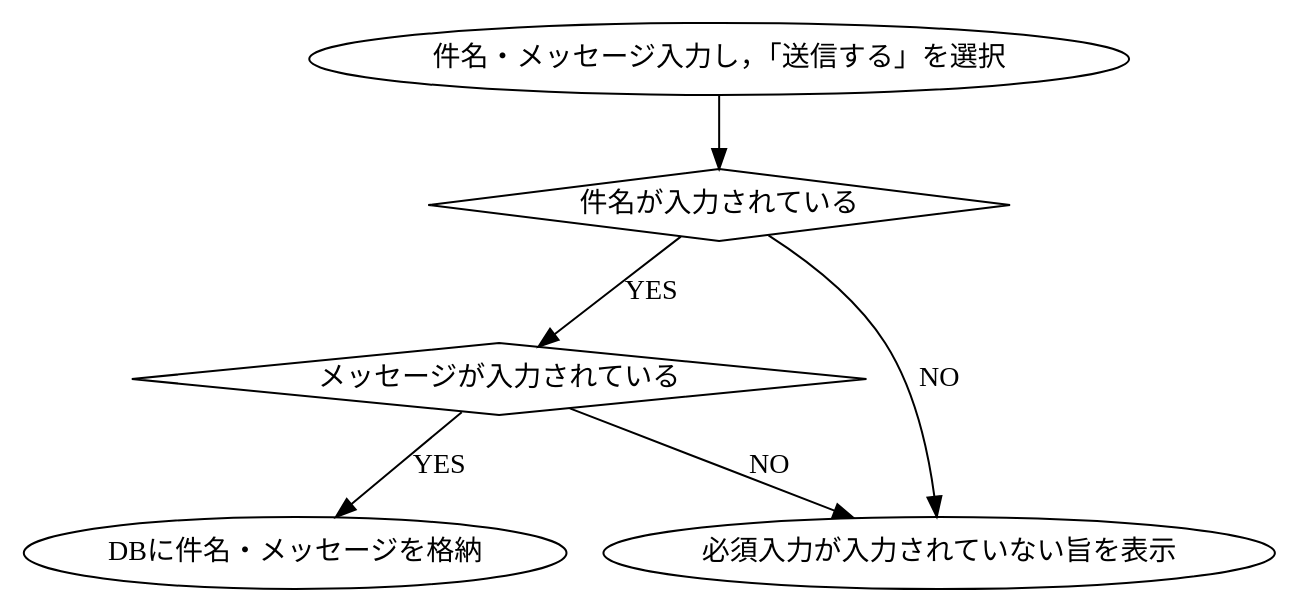
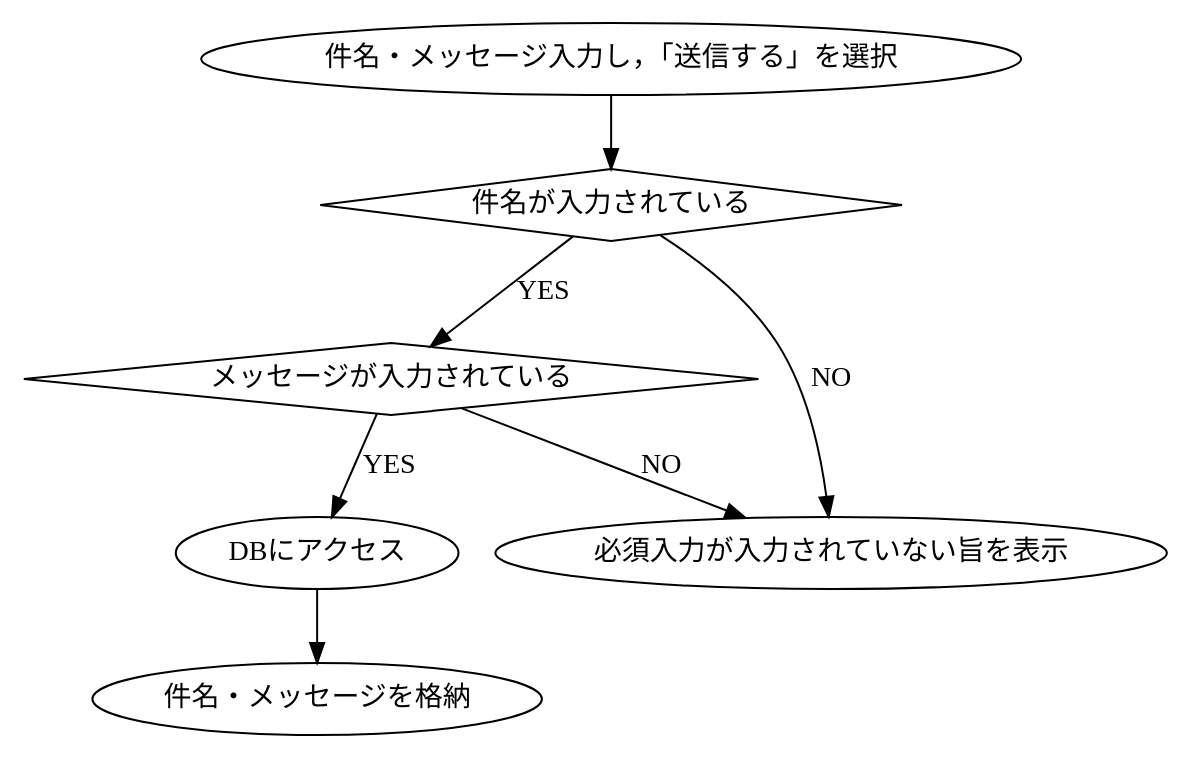
One commit to KUT-Group12/internal_design changed the diagram in dot/marudemaru/UserInputContactInformation.dot. Above: the diagram before and after it, drawn with Graphviz. The commit also changed 26 other files, not shown here.

```diff
--- a/dot/marudemaru/UserInputContactInformation.dot
+++ b/dot/marudemaru/UserInputContactInformation.dot
@@ -1,15 +1,17 @@
 digraph G {
     #include "style.doth"
 
     inquiry[label = "件名・メッセージ入力し，「送信する」を選択"]
     subject[label = "件名が入力されている", shape = diamond]
     message[label = "メッセージが入力されている", shape = diamond]
     no[label = "必須入力が入力されていない旨を表示"]
-    db[label = "DBに件名・メッセージを格納"]
+    db[label = "DBにアクセス"]
+    input[label = "件名・メッセージを格納"]
 
     inquiry -> subject
     subject -> message [label = "YES"]
     subject -> no [label = "NO"]
     message -> db [label = "YES"]
+    db -> input
     message -> no [label = "NO"]
 }
```
